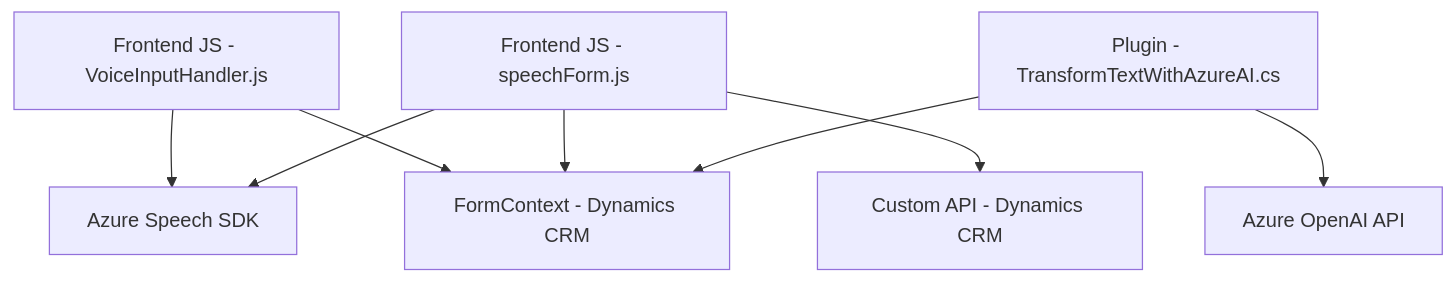
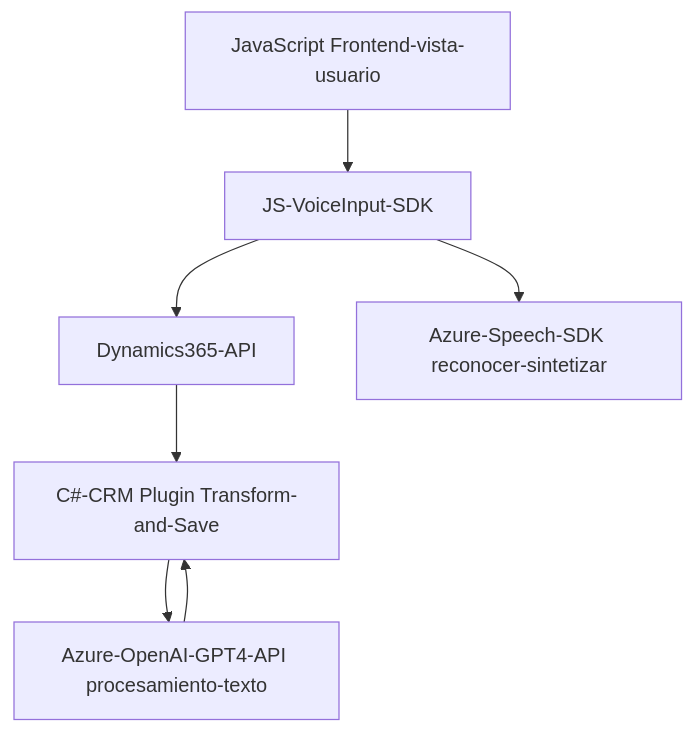
The diagram in README.md (blopezdm/NETCORE_BILBAO2025), drawn with Mermaid before and after one commit. The commit also changed other lines of this file, not shown here.

````diff
--- a/README.md
+++ b/README.md
@@ -46,10 +42,16 @@
 ```mermaid
 graph TD
-    A["Frontend JS - VoiceInputHandler.js"] --> B["Azure Speech SDK"]
-    A --> C["FormContext - Dynamics CRM"]
-    D["Frontend JS - speechForm.js"] --> B
-    D --> C
-    D --> E["Custom API - Dynamics CRM"]
-    F["Plugin - TransformTextWithAzureAI.cs"] --> C
-    F --> G["Azure OpenAI API"]
+    A["JavaScript Frontend-vista-usuario"]
+    B["JS-VoiceInput-SDK"]
+    C["Dynamics365-API"]
+    D["Azure-Speech-SDK reconocer-sintetizar"]
+    E["Azure-OpenAI-GPT4-API procesamiento-texto"]
+    F["C#-CRM Plugin Transform-and-Save"]
+    
+    A --> B
+    B --> D
+    B --> C
+    C --> F
+    F --> E
+    E --> F
 ```
````
